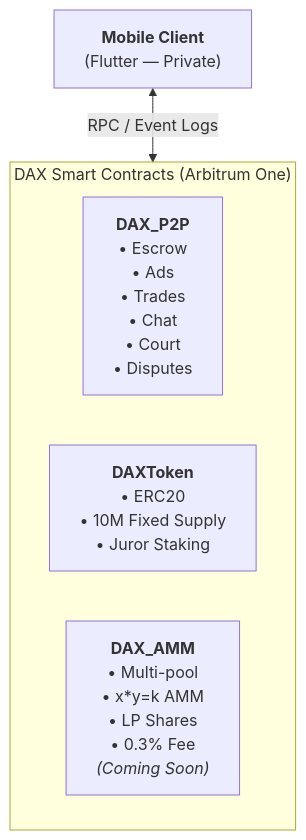
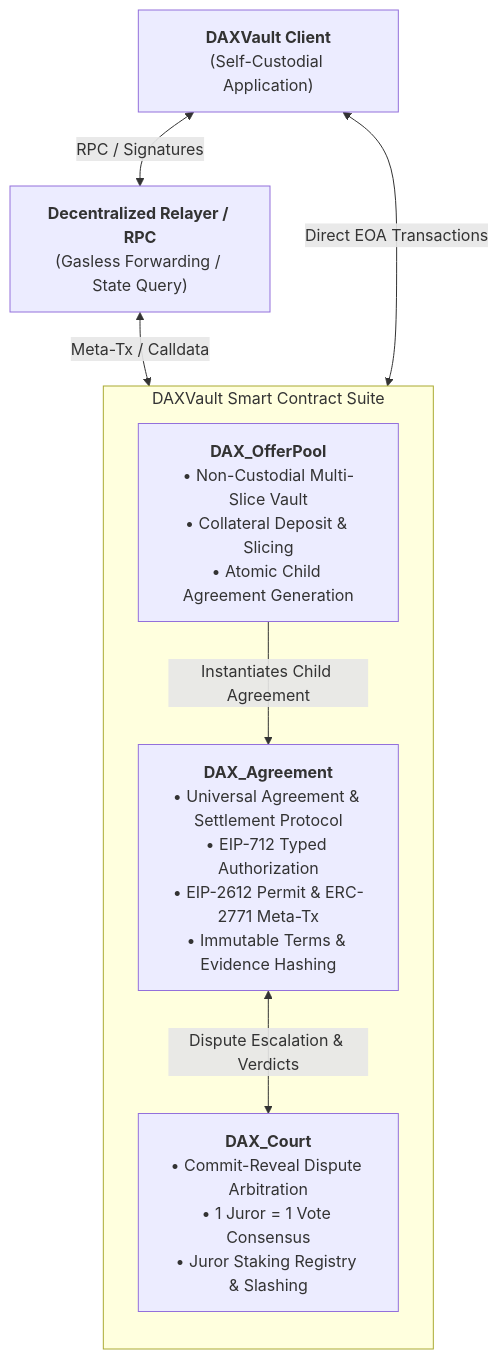
One commit to DAX-Vault/dax-contracts changed the first of 2 diagrams in README.md. Above: the diagram before and after it, drawn with Mermaid. The commit also changed other lines of this file and 1 other file, not shown here.

````diff
--- a/README.md
+++ b/README.md
@@ -46,13 +49,19 @@
 ```mermaid
 flowchart TD
-    subgraph SC ["DAX Smart Contracts (Arbitrum One)"]
-        direction LR
-        P2P["<b>DAX_P2P</b><br/>• Escrow<br/>• Ads<br/>• Trades<br/>• Chat<br/>• Court<br/>• Disputes"]
-        Token["<b>DAXToken</b><br/>• ERC20<br/>• 10M Fixed Supply<br/>• Juror Staking"]
-        AMM["<b>DAX_AMM</b><br/>• Multi-pool<br/>• x*y=k AMM<br/>• LP Shares<br/>• 0.3% Fee<br/><i>(Coming Soon)</i>"]
+    subgraph Core ["DAXVault Smart Contract Suite"]
+        direction TB
+        OP["<b>DAX_OfferPool</b><br/>• Non-Custodial Multi-Slice Vault<br/>• Collateral Deposit & Slicing<br/>• Atomic Child Agreement Generation"]
+        AG["<b>DAX_Agreement</b><br/>• Universal Agreement & Settlement Protocol<br/>• EIP-712 Typed Authorization<br/>• EIP-2612 Permit & ERC-2771 Meta-Tx<br/>• Immutable Terms & Evidence Hashing"]
+        CT["<b>DAX_Court</b><br/>• Commit-Reveal Dispute Arbitration<br/>• 1 Juror = 1 Vote Consensus<br/>• Juror Staking Registry & Slashing"]
+        
+        OP -->|Instantiates Child Agreement| AG
+        AG <-->|Dispute Escalation & Verdicts| CT
     end
 
-    Client["<b>Mobile Client</b><br/>(Flutter — Private)"]
+    Client["<b>DAXVault Client</b><br/>(Self-Custodial Application)"]
+    Relay["<b>Decentralized Relayer / RPC</b><br/>(Gasless Forwarding / State Query)"]
 
-    Client <-->|RPC / Event Logs| SC
+    Client <-->|RPC / Signatures| Relay
+    Relay <-->|Meta-Tx / Calldata| AG
+    Client <-->|Direct EOA Transactions| Core
 ```
````
